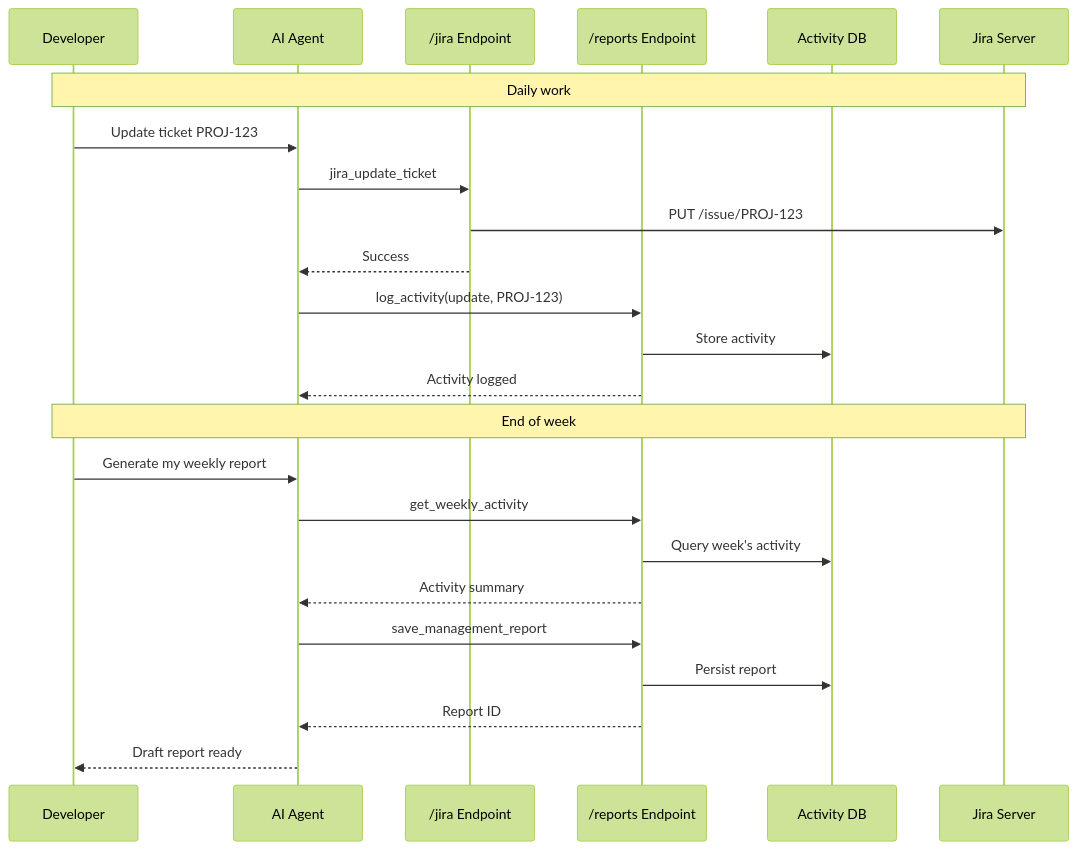
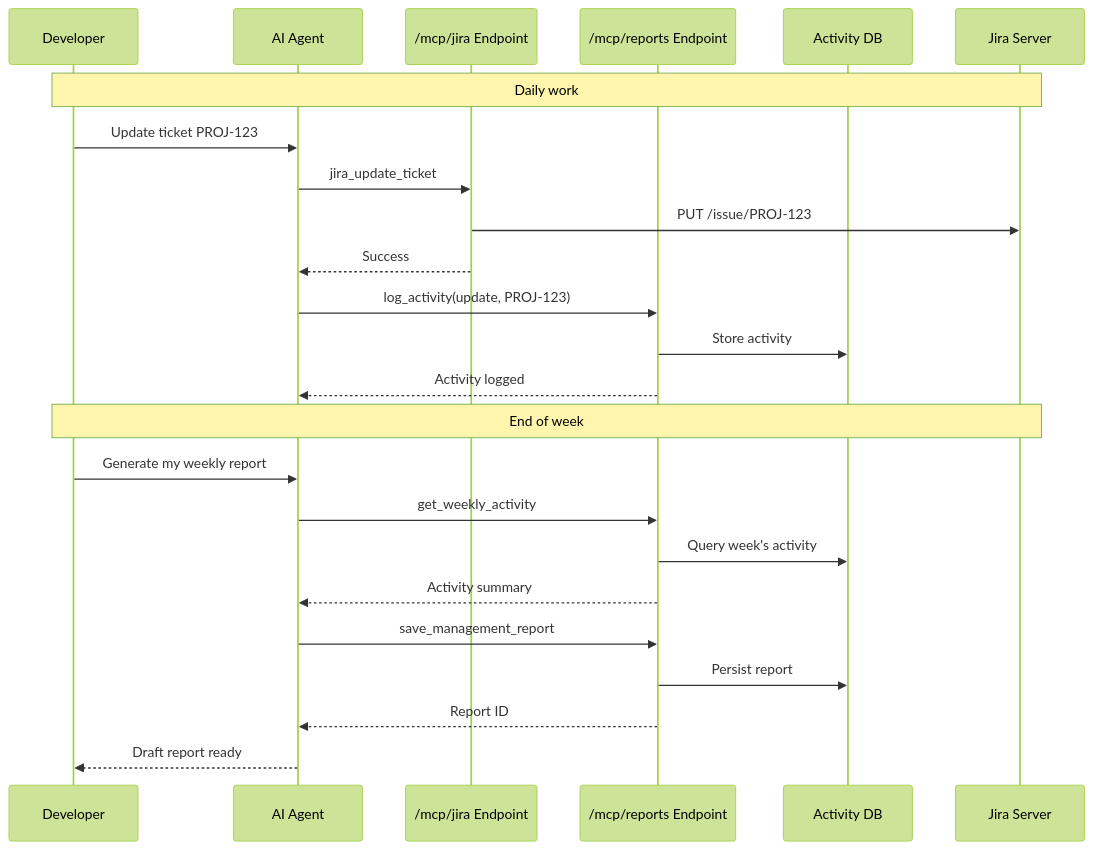
The second of 2 diagrams in README.md (nemerna/ghost), drawn with Mermaid (forest theme) before and after one commit. The commit also changed other lines of this file, not shown here.

First line of the commit message:
docs: update README for multi-container architecture and new features

````diff
--- a/README.md
+++ b/README.md
@@ -87,28 +111,28 @@
 ```mermaid
 sequenceDiagram
     participant Dev as Developer
     participant IDE as AI Agent
-    participant Jira as /jira Endpoint
-    participant Reports as /reports Endpoint
+    participant Jira as /mcp/jira Endpoint
+    participant Reports as /mcp/reports Endpoint
     participant DB as Activity DB
     participant JiraAPI as Jira Server
 
     Note over Dev,JiraAPI: Daily work
     Dev->>IDE: Update ticket PROJ-123
     IDE->>Jira: jira_update_ticket
     Jira->>JiraAPI: PUT /issue/PROJ-123
     Jira-->>IDE: Success
     IDE->>Reports: log_activity(update, PROJ-123)
     Reports->>DB: Store activity
     Reports-->>IDE: Activity logged
 
     Note over Dev,JiraAPI: End of week
     Dev->>IDE: Generate my weekly report
     IDE->>Reports: get_weekly_activity
     Reports->>DB: Query week's activity
     Reports-->>IDE: Activity summary
     IDE->>Reports: save_management_report
     Reports->>DB: Persist report
     Reports-->>IDE: Report ID
     IDE-->>Dev: Draft report ready
 ```
````
